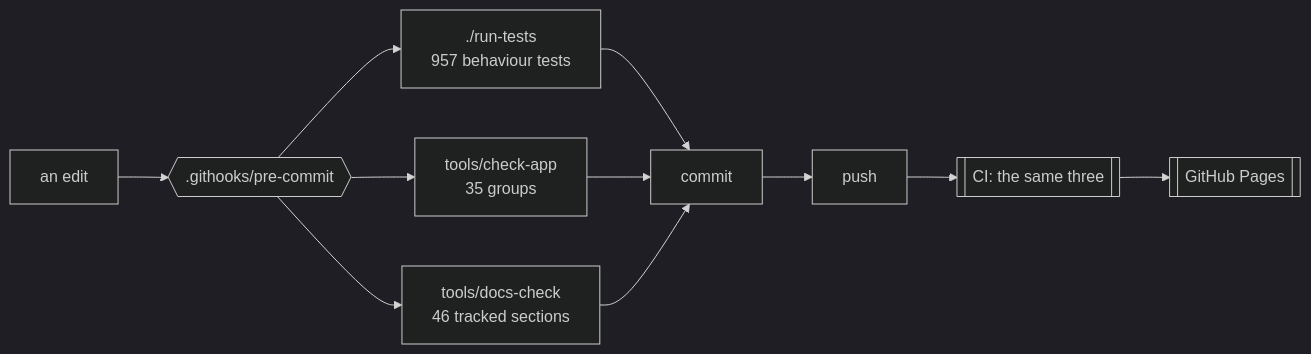
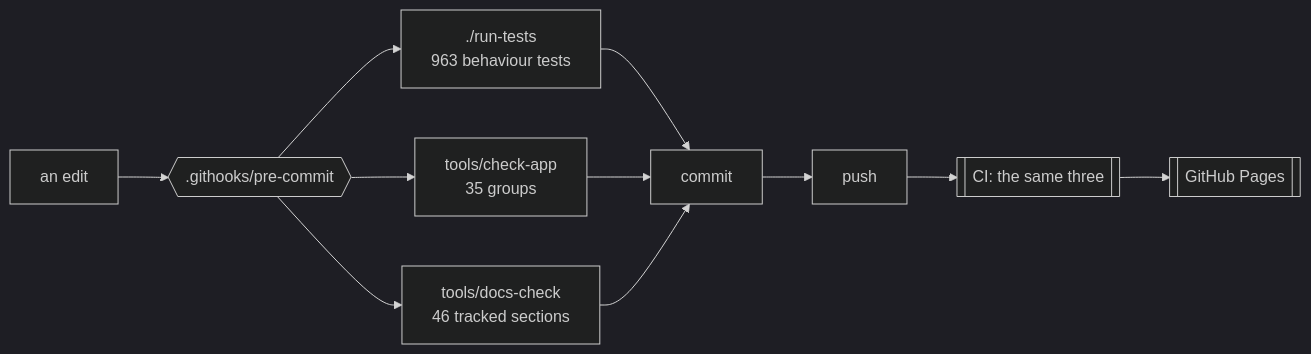
Before and after one commit to minormending/crystal-pilot-mobile: the first of 3 diagrams in docs/DEVELOPING.md, drawn with Mermaid (dark theme). The commit also changed other lines of this file and 10 other files, not shown here.

````diff
--- a/docs/DEVELOPING.md
+++ b/docs/DEVELOPING.md
@@ -15,12 +15,12 @@
 ```mermaid
 flowchart LR
     E[an edit] --> H{{".githooks/pre-commit"}}
-    H --> T["./run-tests<br/>957 behaviour tests"]
+    H --> T["./run-tests<br/>963 behaviour tests"]
     H --> C["tools/check-app<br/>35 groups"]
     H --> D["tools/docs-check<br/>46 tracked sections"]
     T --> OK[commit]
     C --> OK
     D --> OK
     OK --> P[push] --> CI[["CI: the same three"]]
     CI --> PG[[GitHub Pages]]
 ```
````
